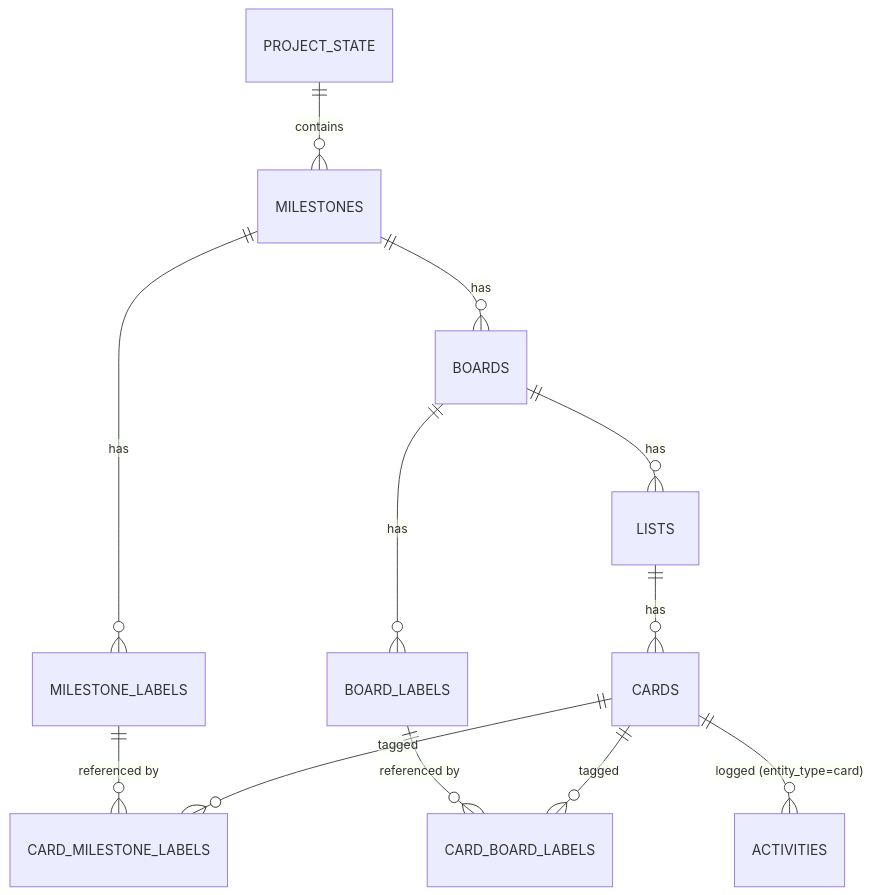
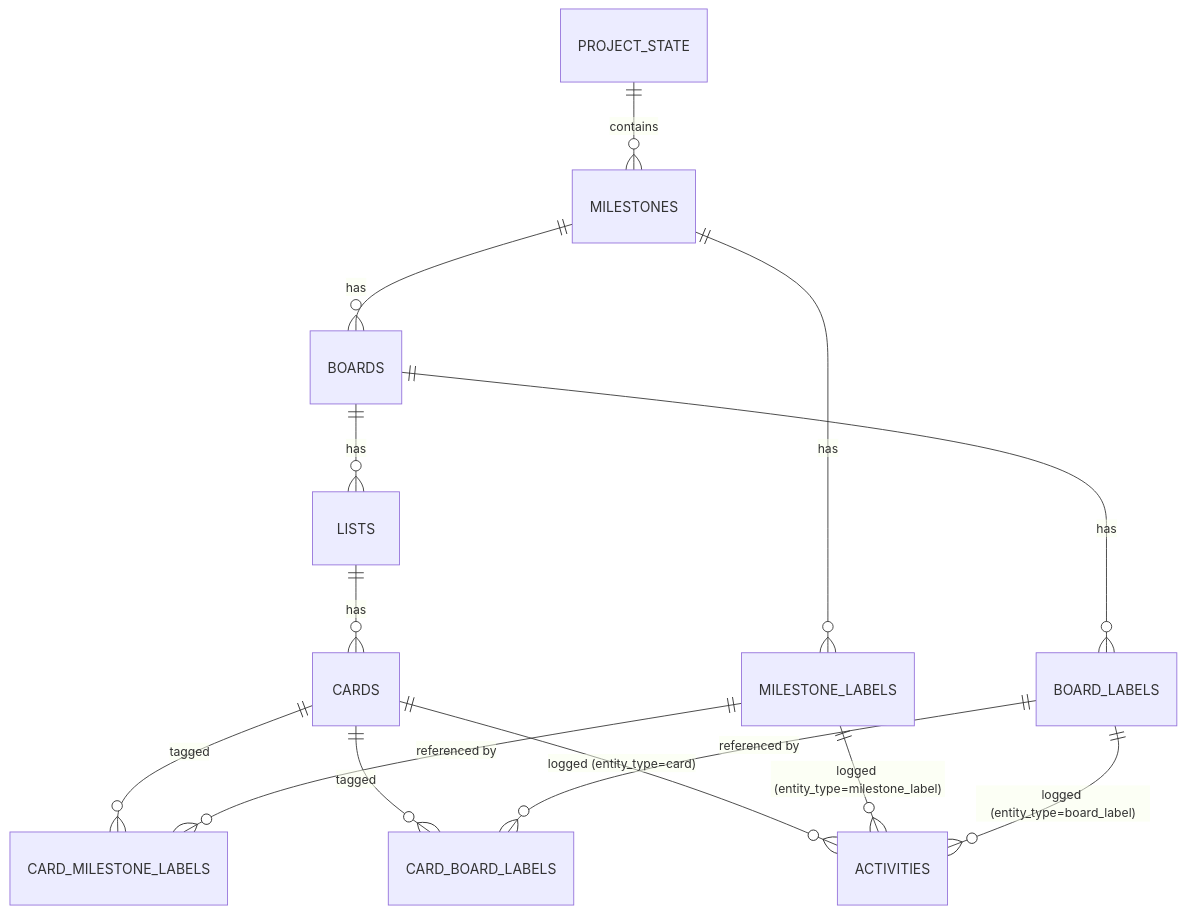
One commit to ngodingin/kanban changed the third of 3 diagrams in docs/03-ENGINEERING.md. Above: the diagram before and after it, drawn with Mermaid. The commit also changed other lines of this file and 4 other files, not shown here.

````diff
--- a/docs/03-ENGINEERING.md
+++ b/docs/03-ENGINEERING.md
@@ -522,14 +522,16 @@
 ```mermaid
 erDiagram
     PROJECT_STATE    ||--o{ MILESTONES : "contains"
     MILESTONES       ||--o{ BOARDS : "has"
     MILESTONES       ||--o{ MILESTONE_LABELS : "has"
     BOARDS           ||--o{ LISTS : "has"
     BOARDS           ||--o{ BOARD_LABELS : "has"
     LISTS            ||--o{ CARDS : "has"
     CARDS            ||--o{ CARD_MILESTONE_LABELS : "tagged"
     CARDS            ||--o{ CARD_BOARD_LABELS : "tagged"
     MILESTONE_LABELS ||--o{ CARD_MILESTONE_LABELS : "referenced by"
     BOARD_LABELS     ||--o{ CARD_BOARD_LABELS : "referenced by"
     CARDS            ||--o{ ACTIVITIES : "logged (entity_type=card)"
+    MILESTONE_LABELS ||--o{ ACTIVITIES : "logged (entity_type=milestone_label)"
+    BOARD_LABELS     ||--o{ ACTIVITIES : "logged (entity_type=board_label)"
 ```
````
